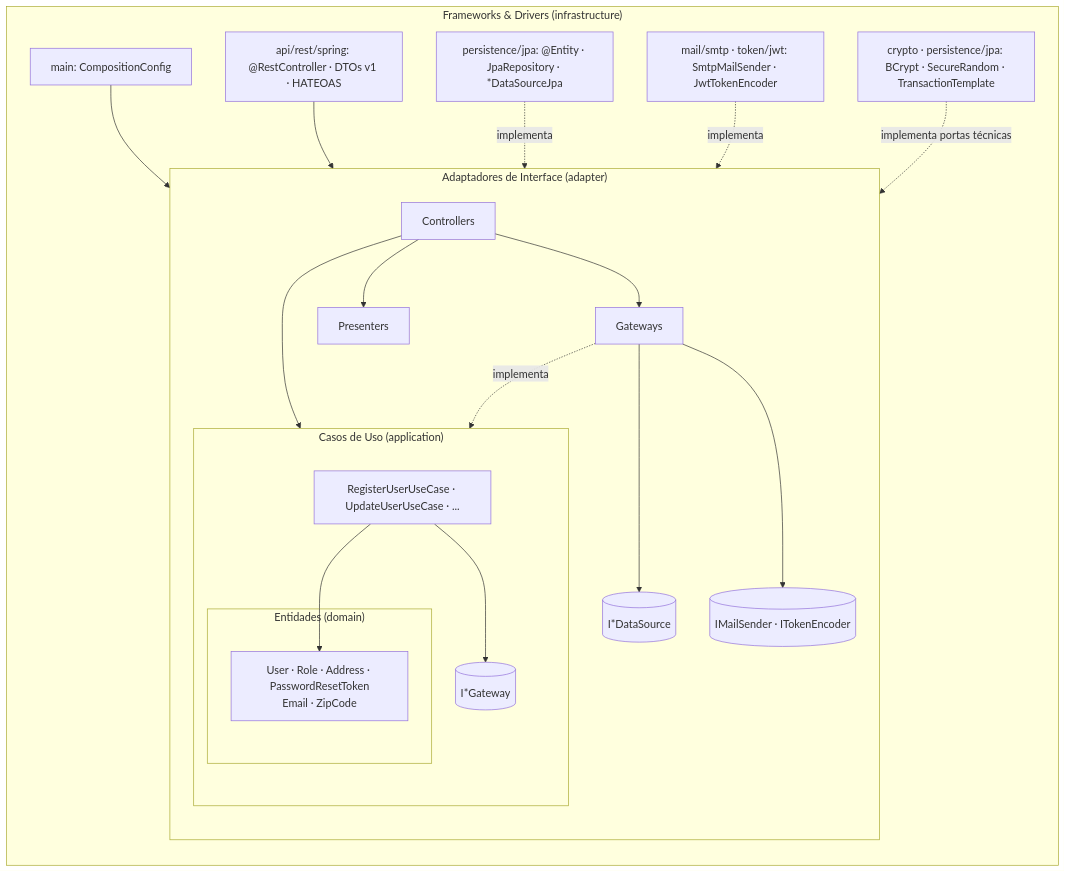
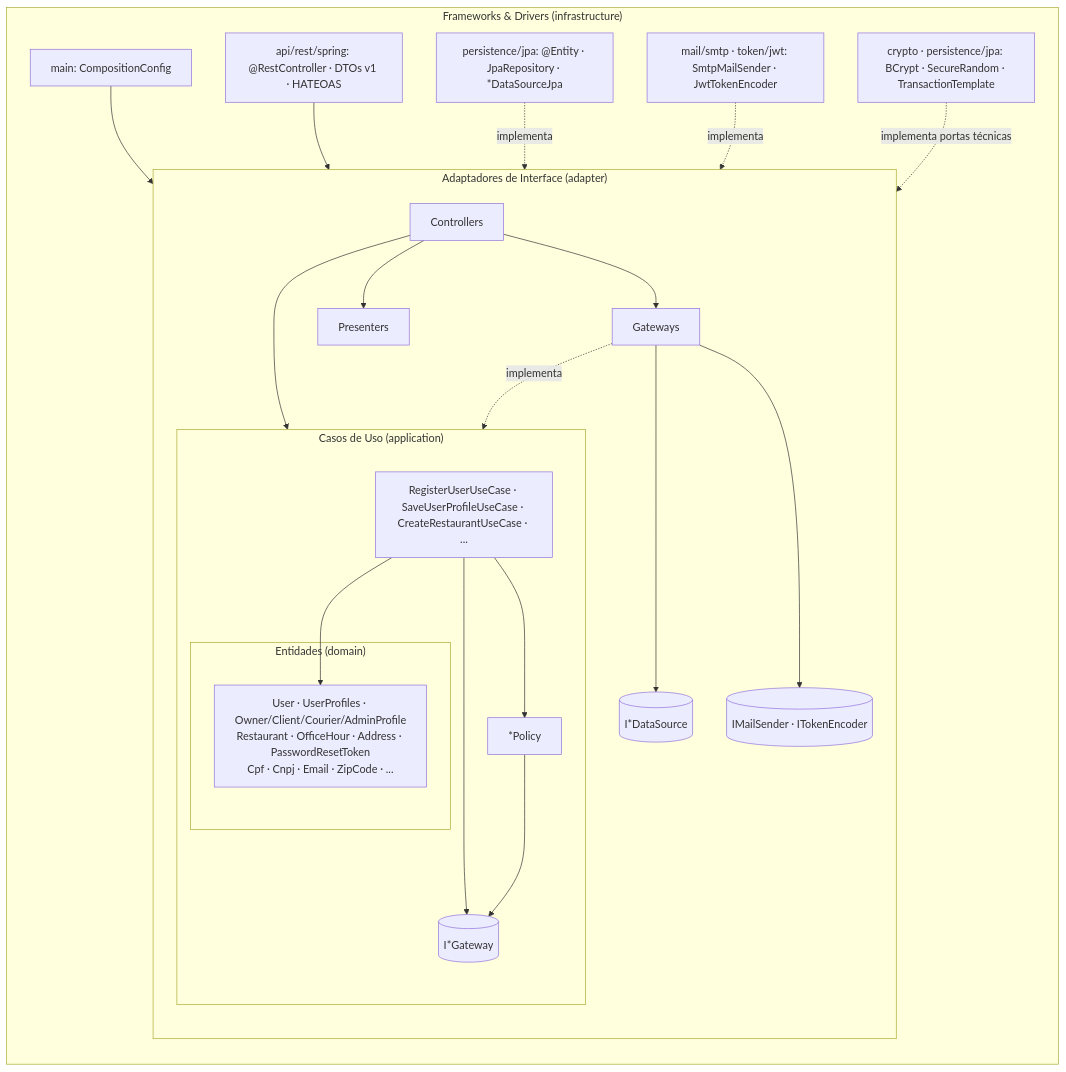
The first of 3 diagrams in relatorios/relatorio-tech-challenge-fase02-v2.0.md (felipe11dias/postech-fase2-restaurantes-app), drawn with Mermaid before and after one commit. The commit also changed other lines of this file and 183 other files, not shown here.

````diff
--- a/relatorios/relatorio-tech-challenge-fase02-v2.0.md
+++ b/relatorios/relatorio-tech-challenge-fase02-v2.0.md
@@ -152,40 +153,43 @@
 ```mermaid
 flowchart TB
     subgraph FD["Frameworks & Drivers  (infrastructure)"]
         direction TB
         subgraph IA["Adaptadores de Interface  (adapter)"]
             direction TB
             subgraph UC["Casos de Uso  (application)"]
                 direction TB
                 subgraph EN["Entidades  (domain)"]
-                    E[User · Role · Address · PasswordResetToken<br/>Email · ZipCode]
+                    E[User · UserProfiles · Owner/Client/Courier/AdminProfile<br/>Restaurant · OfficeHour · Address · PasswordResetToken<br/>Cpf · Cnpj · Email · ZipCode · ...]
                 end
-                U[RegisterUserUseCase · UpdateUserUseCase · ...]
+                U[RegisterUserUseCase · SaveUserProfileUseCase · CreateRestaurantUseCase · ...]
+                PO[*Policy]
                 G[(I*Gateway)]
             end
             C[Controllers]
             GW[Gateways]
             DS[("I*DataSource")]
             SV[("IMailSender · ITokenEncoder")]
             P[Presenters]
         end
         W["api/rest/spring: @RestController · DTOs v1 · HATEOAS"]
         J["persistence/jpa: @Entity · JpaRepository · *DataSourceJpa"]
         S["mail/smtp · token/jwt: SmtpMailSender · JwtTokenEncoder"]
         T["crypto · persistence/jpa: BCrypt · SecureRandom · TransactionTemplate"]
         M["main: CompositionConfig"]
     end
     M --> C
     W --> C
     C --> GW
     C --> U
     C --> P
     GW -.implementa.-> G
     GW --> DS
     GW --> SV
     U --> G
+    U --> PO
+    PO --> G
     U --> E
     J -.implementa.-> DS
     S -.implementa.-> SV
     T -.implementa portas técnicas.-> G
 ```
````
